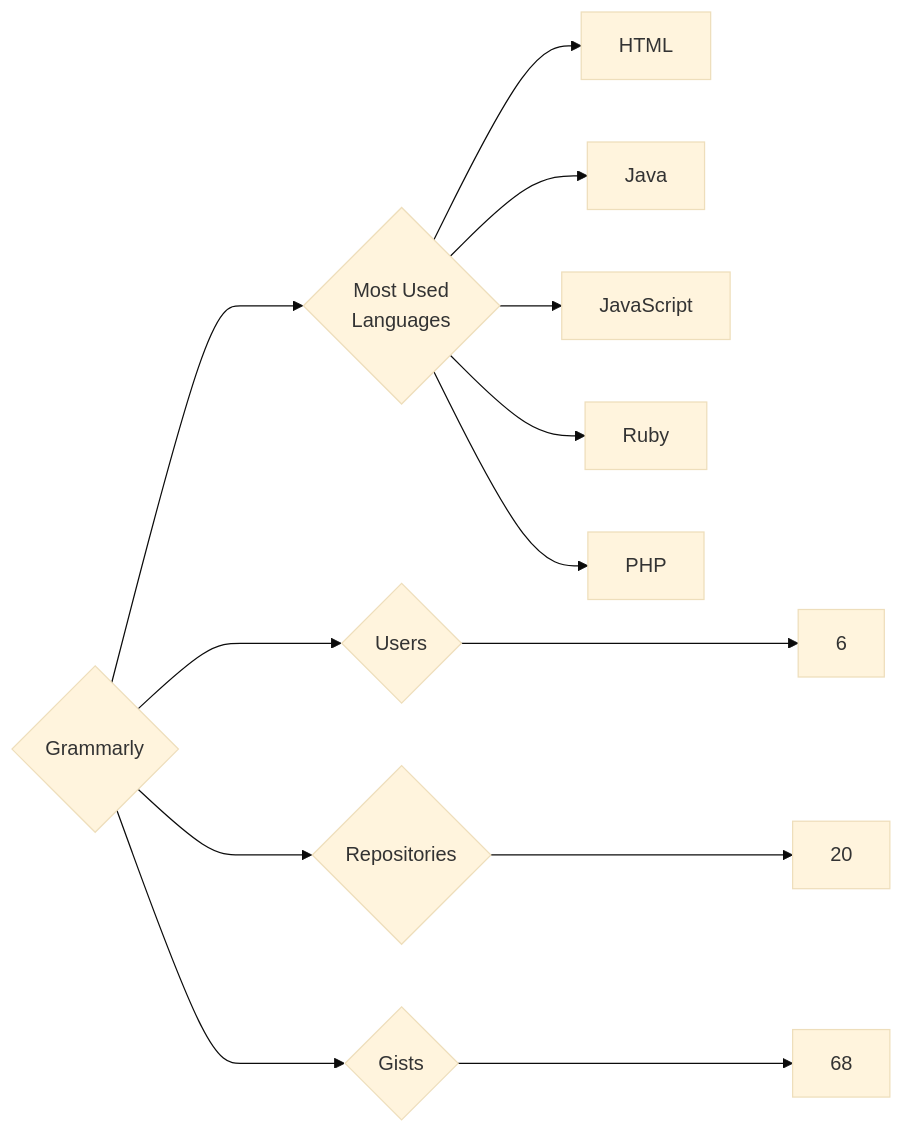
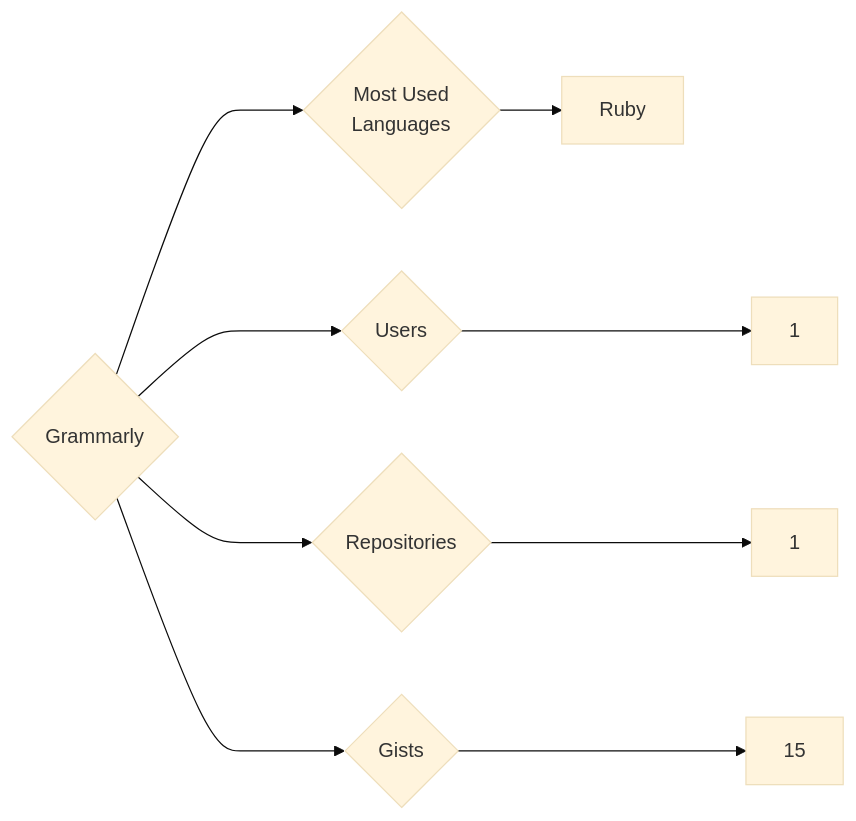
One commit to trickest/insiders changed the diagram in targets/Grammarly/README.md. Above: the diagram before and after it, drawn with Mermaid (base theme). The commit also changed 618 other files, not shown here.

````diff
--- a/targets/Grammarly/README.md
+++ b/targets/Grammarly/README.md
@@ -3,13 +3,9 @@
 ```mermaid
 graph LR
 COMPANY_NAME{Grammarly}
-COMPANY_NAME ---> U{Users} ---> UN[6]
-COMPANY_NAME ---> R{Repositories} ---> RN[20]
-COMPANY_NAME ---> G{Gists} ---> GN[68]
+COMPANY_NAME ---> U{Users} ---> UN[1]
+COMPANY_NAME ---> R{Repositories} ---> RN[1]
+COMPANY_NAME ---> G{Gists} ---> GN[15]
 COMPANY_NAME ---> ML{Most Used<br>Languages}
-ML --> HTML[HTML]
-ML --> Java[Java]
-ML --> JavaScript[JavaScript]
 ML --> Ruby[Ruby]
-ML --> PHP[PHP]
 ```
````
